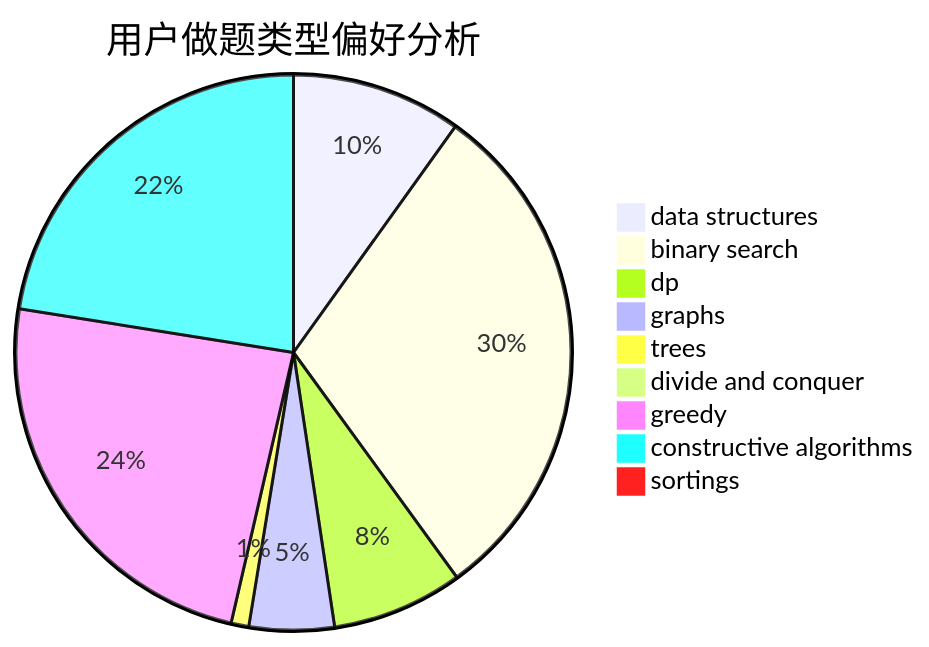
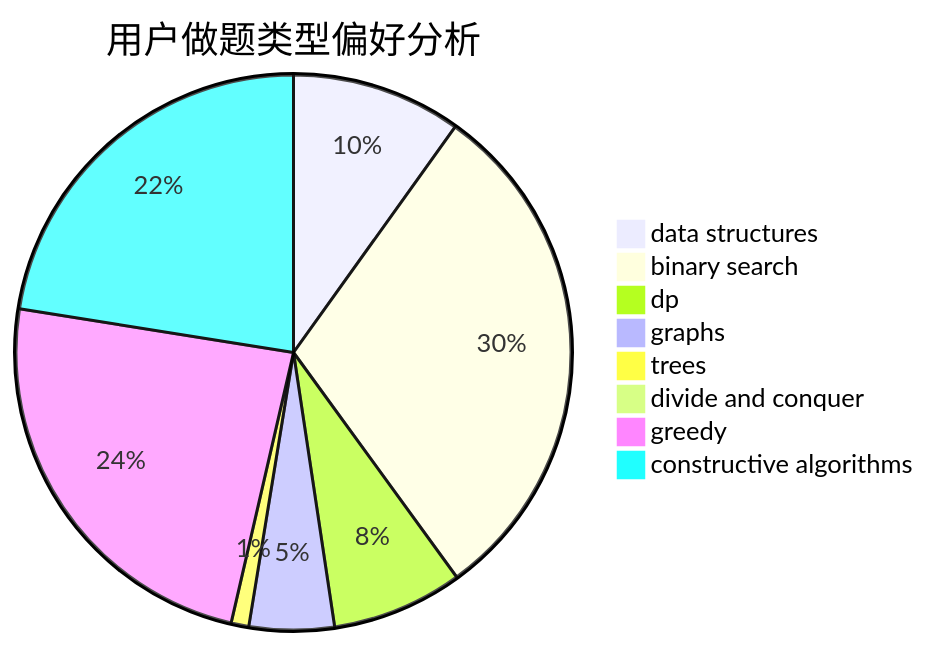
One commit to sherpahu/cfrs.github.io changed the second of 3 diagrams in docs/user/u305.md. Above: the diagram before and after it, drawn with Mermaid. The commit also changed other lines of this file and 2769 other files, not shown here.

````diff
--- a/docs/user/u305.md
+++ b/docs/user/u305.md
@@ -18,12 +18,11 @@
 ```mermaid
 pie title 用户做题类型偏好分析
     "data structures" :  48
     "binary search" :  146
     "dp" :  37
     "graphs" :  24
     "trees" :  5
     "divide and conquer" :  0
     "greedy" :  116
     "constructive algorithms" :  109
-    "sortings" :  3
 ```
````
